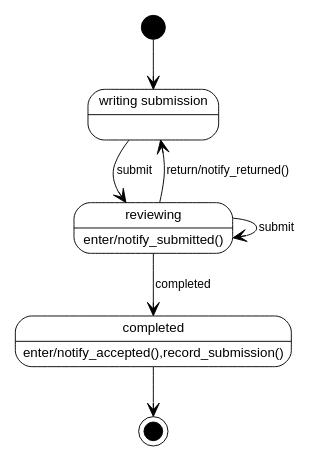
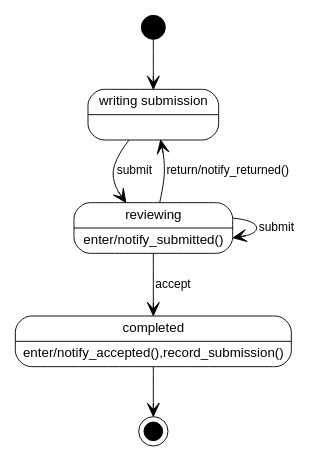
One commit to WorkflowsOnRails/project-report changed the diagram in img/case-study-fourth-year-system/document_submission.dot. Above: the diagram before and after it, drawn with Graphviz. The commit also changed 1 other file, not shown here.

```diff
--- a/img/case-study-fourth-year-system/document_submission.dot
+++ b/img/case-study-fourth-year-system/document_submission.dot
@@ -1,23 +1,23 @@
 digraph hierarchy {
 rankdir=TB
 node[shape=Mrecord, fontname=Arial, fontsize=10, penwidth=0.7]
 edge[dir=forward, arrowhead=vee, fontname=Arial, fontsize=9, penwidth=0.7]
 
 start[label="",
       shape=circle, style=filled, color=black, fillcolor=black,
       fixedsize=true, width=0.25, height=0.25]
 end[label="",
     shape=doublecircle, style=filled, color=black, fillcolor=black,
     fixedsize=true, width=0.2, height=0.2]
 
 writing_submission[label = "{writing submission|}"]
 reviewing[label = "{reviewing|enter/notify_submitted()}"]
 completed[label = "{completed|enter/notify_accepted(),record_submission()}"]
 
 start->writing_submission
 writing_submission->reviewing [label = " submit   "]
 reviewing->reviewing [label = " submit   "]
 reviewing->writing_submission [label = " return/notify_returned()   "]
-reviewing->completed [label = " completed   "]
+reviewing->completed [label = " accept   "]
 completed->end
 }
```
